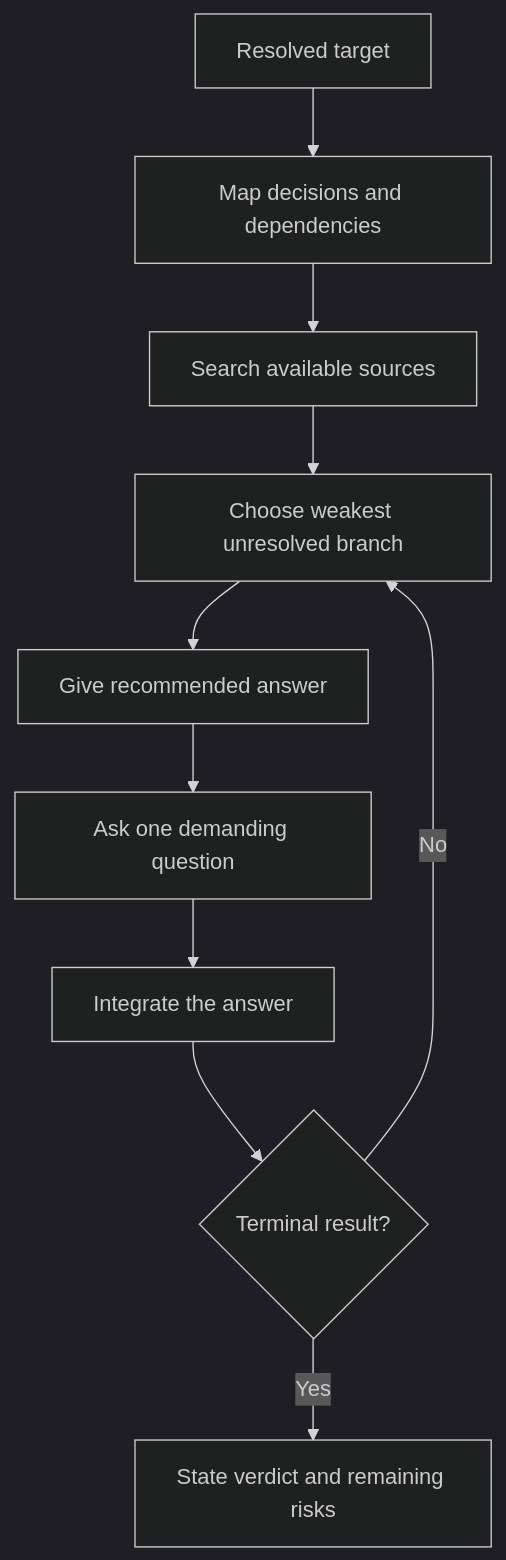
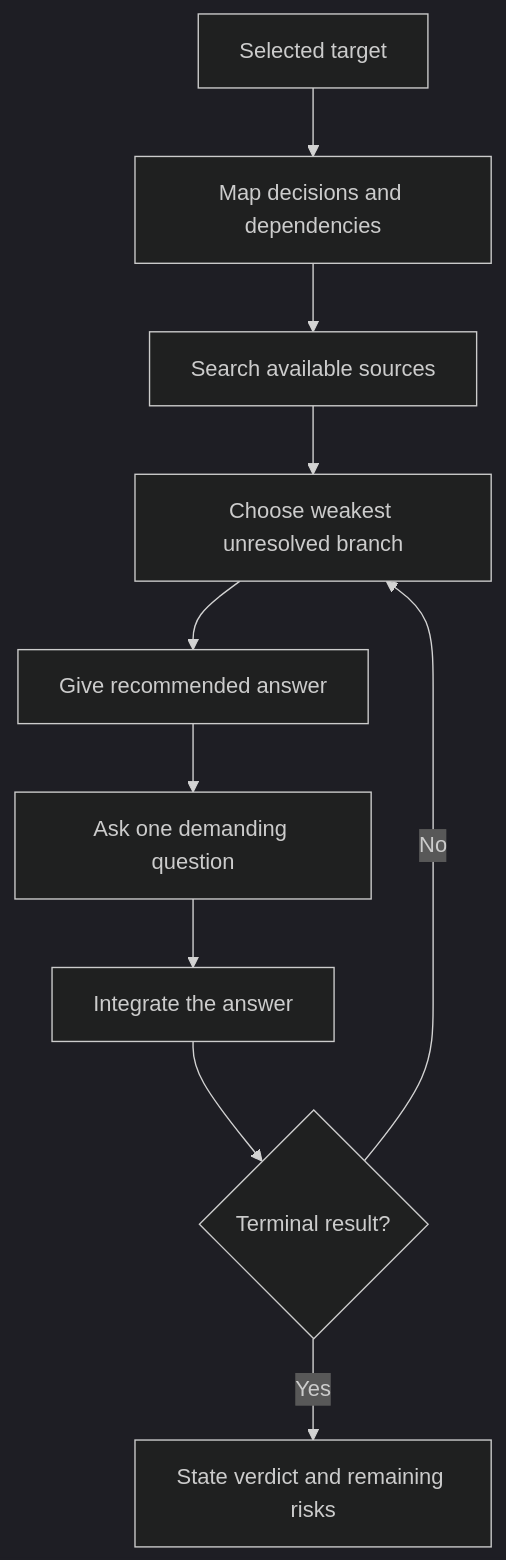
Before and after one commit to control-decks/think-it-through: the diagram in plugins/think-it-through/skills/think-grill/SKILL.md, drawn with Mermaid (dark theme). The commit also changed other lines of this file and 18 other files, not shown here.

````diff
--- a/plugins/think-it-through/skills/think-grill/SKILL.md
+++ b/plugins/think-it-through/skills/think-grill/SKILL.md
@@ -20,12 +19,12 @@
 ```mermaid
 flowchart TD
-    A["Resolved target"] --> B["Map decisions and dependencies"]
+    A["Selected target"] --> B["Map decisions and dependencies"]
     B --> C["Search available sources"]
     C --> D["Choose weakest unresolved branch"]
     D --> E["Give recommended answer"]
     E --> F["Ask one demanding question"]
     F --> G["Integrate the answer"]
     G --> H{"Terminal result?"}
     H -->|No| D
     H -->|Yes| I["State verdict and remaining risks"]
 ```
````
